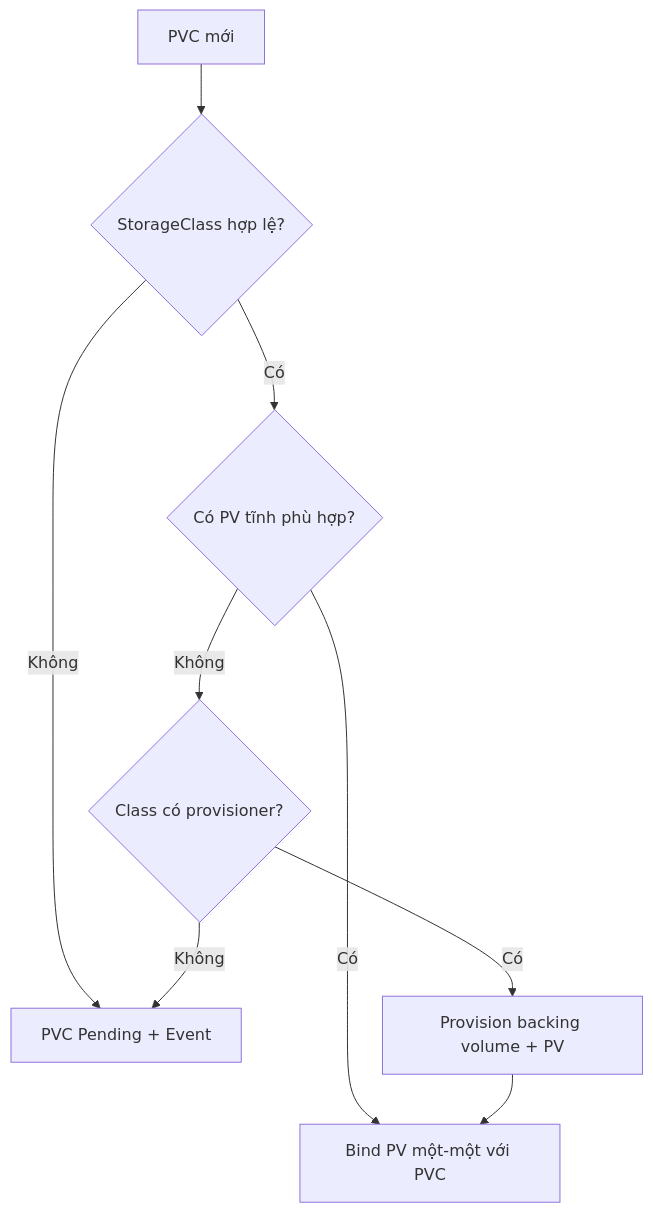
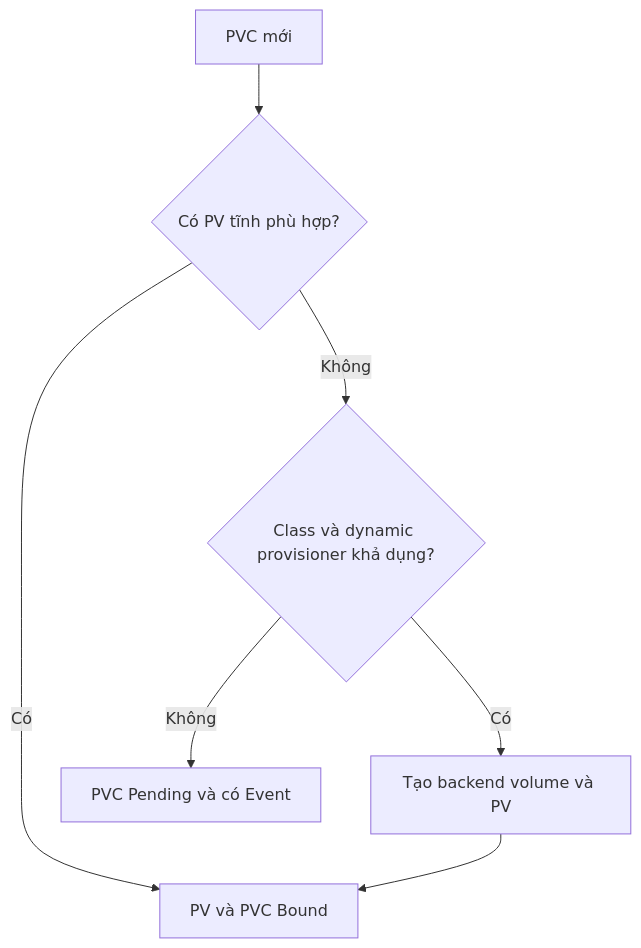
The second of 2 diagrams in content/docs/storage/persistent-volume-claim.md (vanhiep99w/k8s-learn), drawn with Mermaid before and after one commit. The commit also changed other lines of this file and 2 other files, not shown here.

Commit message:
docs: làm rõ PV PVC và StorageClass

````diff
--- a/content/docs/storage/persistent-volume-claim.md
+++ b/content/docs/storage/persistent-volume-claim.md
@@ -90,11 +178,9 @@
 ```mermaid
 flowchart TD
-    C[PVC mới] --> S{StorageClass hợp lệ?}
-    S -->|Không| P[PVC Pending + Event]
-    S -->|Có| M{Có PV tĩnh phù hợp?}
-    M -->|Có| B[Bind PV một-một với PVC]
-    M -->|Không| D{Class có provisioner?}
-    D -->|Có| V[Provision backing volume + PV]
+    C[PVC mới] --> M{Có PV tĩnh phù hợp?}
+    M -->|Có| B[PV và PVC Bound]
+    M -->|Không| D{Class và dynamic provisioner khả dụng?}
+    D -->|Có| V[Tạo backend volume và PV]
     V --> B
-    D -->|Không| P
+    D -->|Không| P[PVC Pending và có Event]
 ```
````
